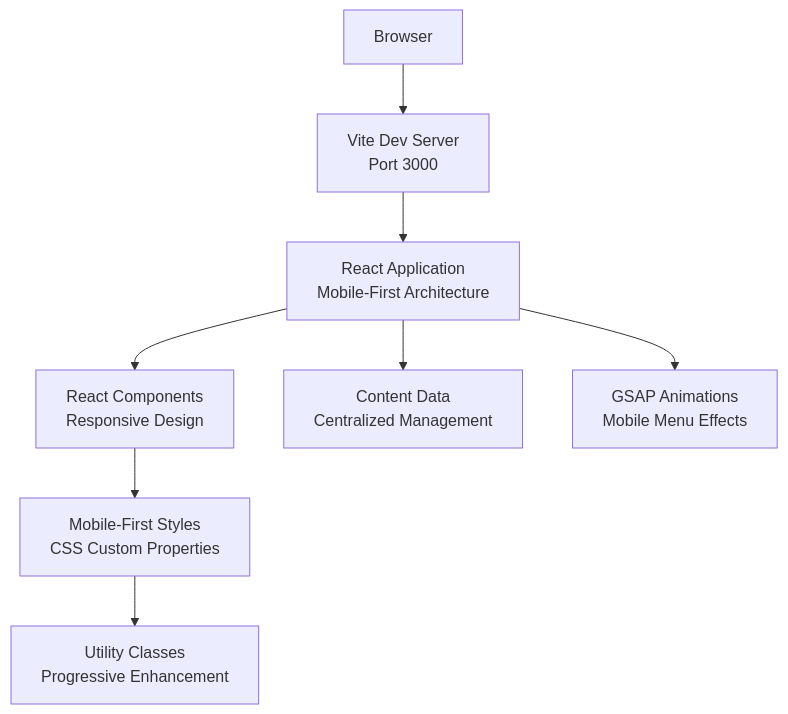
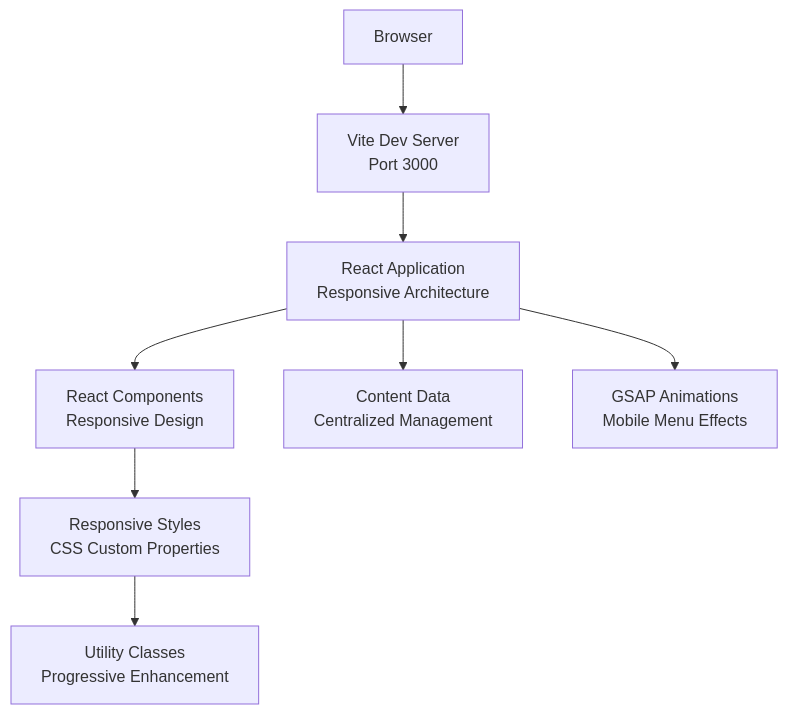
The second of 13 diagrams in .qoder/repowiki/en/content/Application Architecture.md (rakeshmaity271/frankie-picasso), drawn with Mermaid before and after one commit. The commit also changed other lines of this file and 20 other files, not shown here.

````diff
--- a/.qoder/repowiki/en/content/Application Architecture.md
+++ b/.qoder/repowiki/en/content/Application Architecture.md
@@ -150,18 +150,18 @@
 ```mermaid
 graph TB
 Browser["Browser"]
 ViteDev["Vite Dev Server<br/>Port 3000"]
-ReactApp["React Application<br/>Mobile-First Architecture"]
+ReactApp["React Application<br/>Responsive Architecture"]
 Components["React Components<br/>Responsive Design"]
 Content["Content Data<br/>Centralized Management"]
 Animations["GSAP Animations<br/>Mobile Menu Effects"]
-Styles["Mobile-First Styles<br/>CSS Custom Properties"]
+Styles["Responsive Styles<br/>CSS Custom Properties"]
 Utilities["Utility Classes<br/>Progressive Enhancement"]
 Browser --> ViteDev
 ViteDev --> ReactApp
 ReactApp --> Components
 ReactApp --> Content
 ReactApp --> Animations
 Components --> Styles
 Styles --> Utilities
 ```
````
